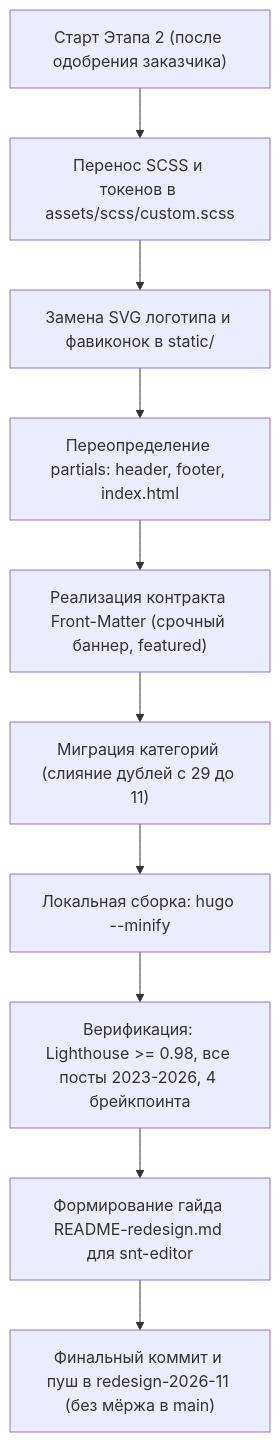
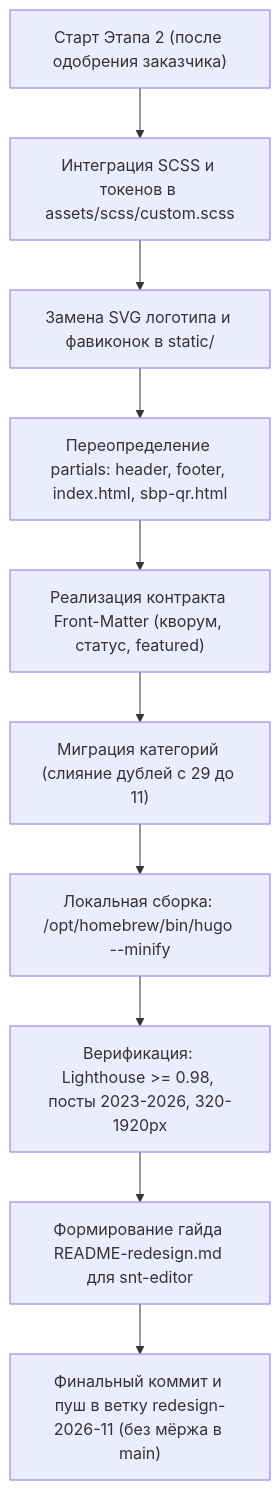
The diagram in .agents/tasks/2026-11-redesign/PLAN.md (ruslanfirefly/cnt-orbita), drawn with Mermaid before and after one commit. The commit also changed other lines of this file and 2 other files, not shown here.

Commit message:
дизайн: доработка по внешнему аудиту (кворум, статус СНТ, модалка СБП, режим А+, 5 кнопок таб-бара)

````diff
--- a/.agents/tasks/2026-11-redesign/PLAN.md
+++ b/.agents/tasks/2026-11-redesign/PLAN.md
@@ -190,12 +251,12 @@
 ```mermaid
 flowchart TD
-    A["Старт Этапа 2 (после одобрения заказчика)"] --> B["Перенос SCSS и токенов в assets/scss/custom.scss"]
+    A["Старт Этапа 2 (после одобрения заказчика)"] --> B["Интеграция SCSS и токенов в assets/scss/custom.scss"]
     B --> C["Замена SVG логотипа и фавиконок в static/"]
-    C --> D["Переопределение partials: header, footer, index.html"]
-    D --> E["Реализация контракта Front-Matter (срочный баннер, featured)"]
+    C --> D["Переопределение partials: header, footer, index.html, sbp-qr.html"]
+    D --> E["Реализация контракта Front-Matter (кворум, статус, featured)"]
     E --> F["Миграция категорий (слияние дублей с 29 до 11)"]
-    F --> G["Локальная сборка: hugo --minify"]
-    G --> H["Верификация: Lighthouse >= 0.98, все посты 2023-2026, 4 брейкпоинта"]
+    F --> G["Локальная сборка: /opt/homebrew/bin/hugo --minify"]
+    G --> H["Верификация: Lighthouse >= 0.98, посты 2023-2026, 320-1920px"]
     H --> I["Формирование гайда README-redesign.md для snt-editor"]
-    I --> J["Финальный коммит и пуш в redesign-2026-11 (без мёржа в main)"]
+    I --> J["Финальный коммит и пуш в ветку redesign-2026-11 (без мёржа в main)"]
 ```
````
